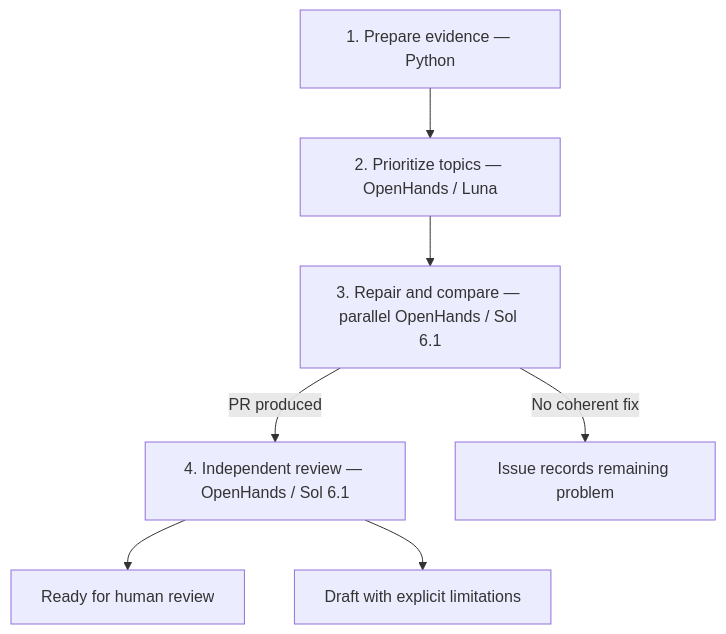
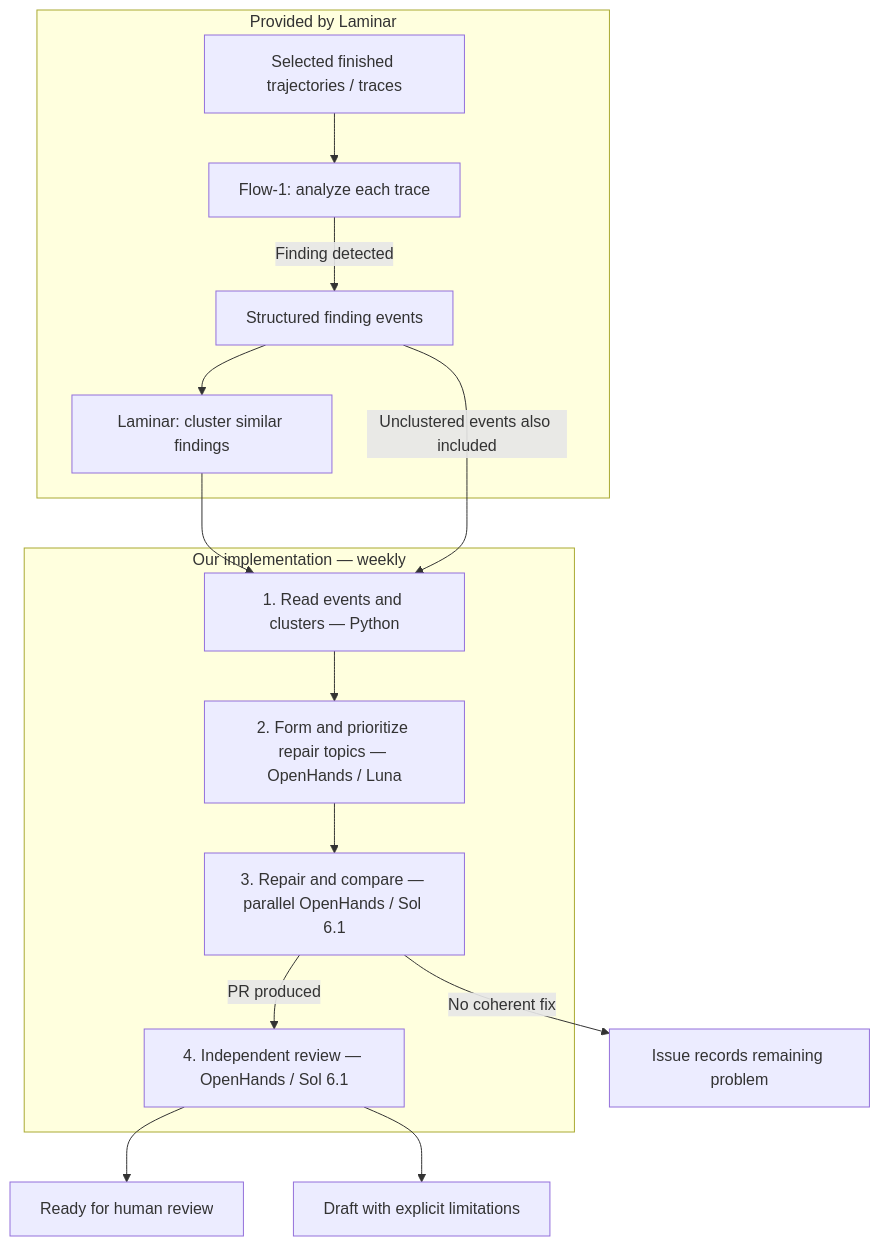
Before and after one commit to OpenHands/oss-agent-canvas: the second of 2 diagrams in automations/weekly-automation-improvement/HOW_IT_WORKS.md, drawn with Mermaid. The commit also changed other lines of this file, not shown here.

Commit message:
Show Laminar trace analysis and clustering before weekly repair triage

````diff
--- a/automations/weekly-automation-improvement/HOW_IT_WORKS.md
+++ b/automations/weekly-automation-improvement/HOW_IT_WORKS.md
@@ -25,12 +28,24 @@
 ```mermaid
 flowchart TD
-    prepare["1. Prepare evidence — Python"]
-    triage["2. Prioritize topics — OpenHands / Luna"]
-    repair["3. Repair and compare — parallel OpenHands / Sol 6.1"]
-    review["4. Independent review — OpenHands / Sol 6.1"]
-    prepare --> triage --> repair
-    repair -->|PR produced| review
+    subgraph laminar["Provided by Laminar"]
+        traces["Selected finished trajectories / traces"]
+        flow["Flow-1: analyze each trace"]
+        events["Structured finding events"]
+        clusters["Laminar: cluster similar findings"]
+        traces --> flow -->|Finding detected| events
+        events --> clusters
+    end
+    subgraph automation["Our implementation — weekly"]
+        prepare["1. Read events and clusters — Python"]
+        triage["2. Form and prioritize repair topics — OpenHands / Luna"]
+        repair["3. Repair and compare — parallel OpenHands / Sol 6.1"]
+        review["4. Independent review — OpenHands / Sol 6.1"]
+        prepare --> triage --> repair
+        repair -->|PR produced| review
+    end
+    clusters --> prepare
+    events -->|Unclustered events also included| prepare
     repair -->|No coherent fix| unresolved["Issue records remaining problem"]
     review --> ready["Ready for human review"]
     review --> draft["Draft with explicit limitations"]
 ```
````
